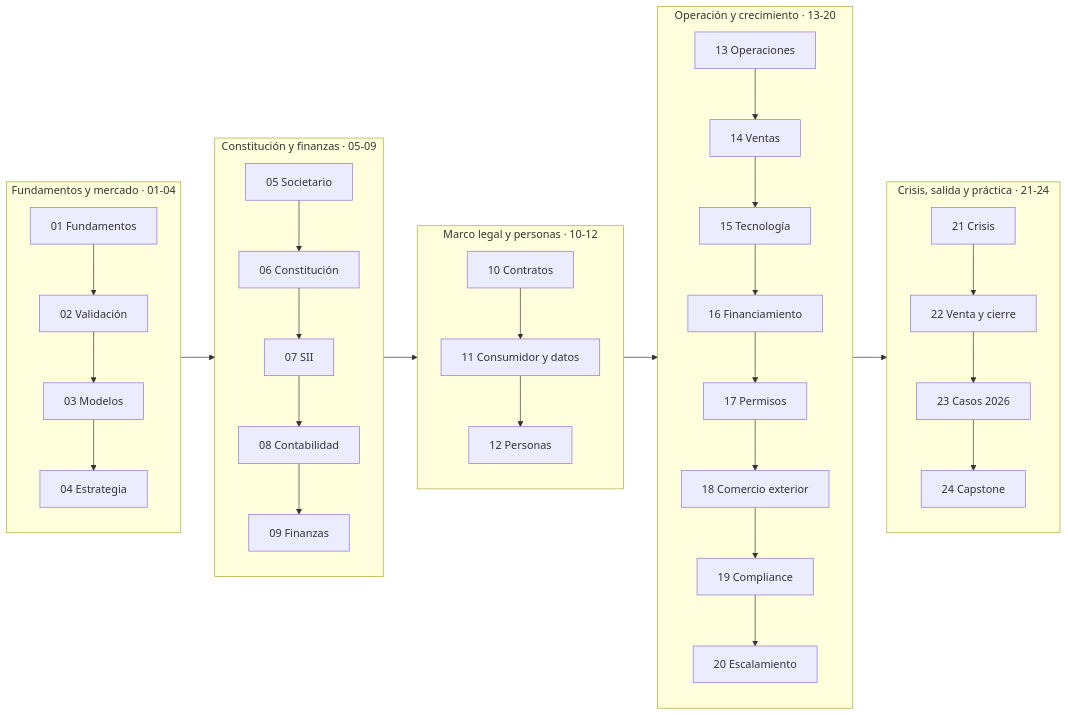
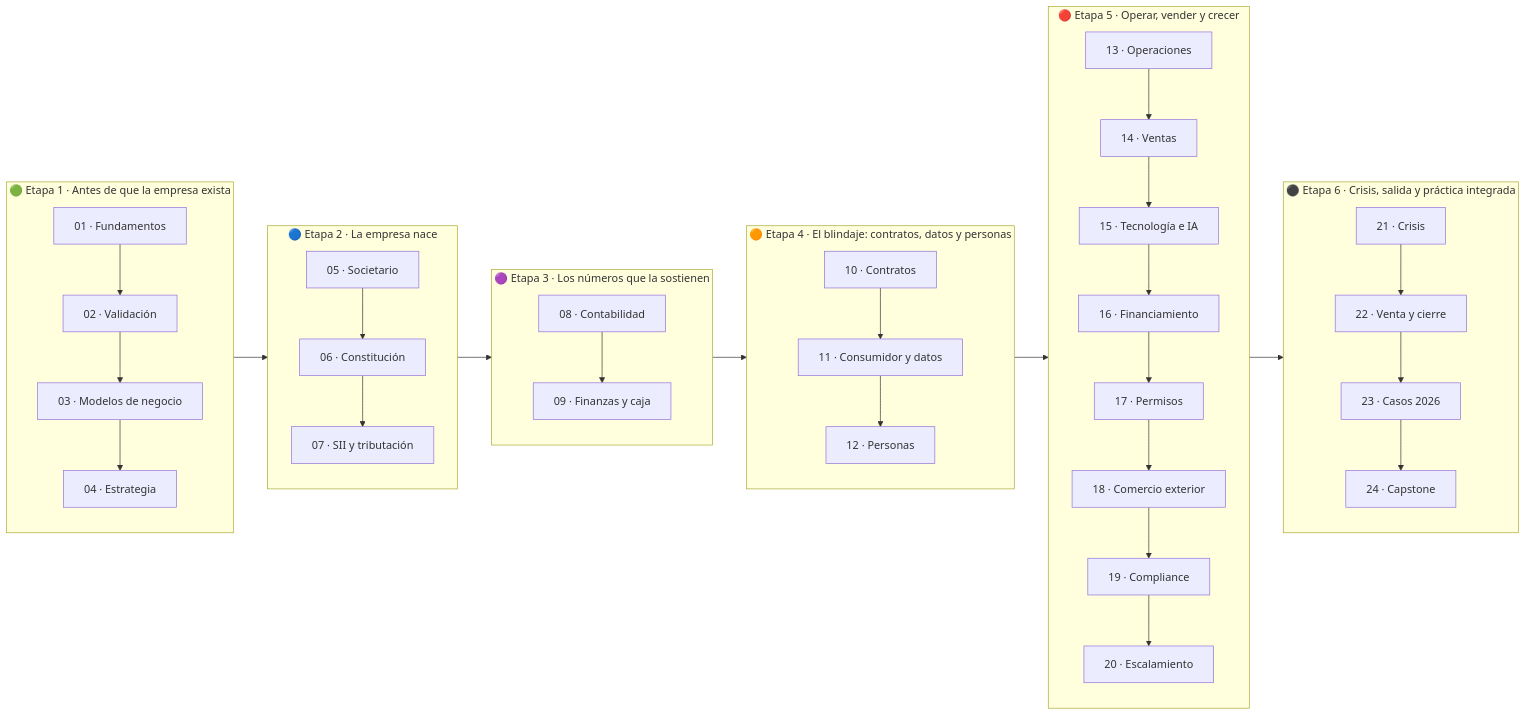
Before and after one commit to vladimiracunadev-create/modern-business-creation-program: the diagram in CURRICULUM.md, drawn with Mermaid. The commit also changed other lines of this file and 32 other files, not shown here.

````diff
--- a/CURRICULUM.md
+++ b/CURRICULUM.md
@@ -9,20 +9,22 @@
 ```mermaid
 flowchart LR
-    subgraph F1["Fundamentos y mercado · 01-04"]
-        P1["01 Fundamentos"] --> P2["02 Validación"] --> P3["03 Modelos"] --> P4["04 Estrategia"]
+    subgraph E1["🟢 Etapa 1 · Antes de que la empresa exista"]
+        P1["01 · Fundamentos"] --> P2["02 · Validación"] --> P3["03 · Modelos de negocio"] --> P4["04 · Estrategia"]
     end
-    subgraph F2["Constitución y finanzas · 05-09"]
-        P5["05 Societario"] --> P6["06 Constitución"] --> P7["07 SII"] --> P8["08 Contabilidad"] --> P9["09 Finanzas"]
+    subgraph E2["🔵 Etapa 2 · La empresa nace"]
+        P5["05 · Societario"] --> P6["06 · Constitución"] --> P7["07 · SII y tributación"]
     end
-    subgraph F3["Marco legal y personas · 10-12"]
-        P10["10 Contratos"] --> P11["11 Consumidor y datos"] --> P12["12 Personas"]
+    subgraph E3["🟣 Etapa 3 · Los números que la sostienen"]
+        P8["08 · Contabilidad"] --> P9["09 · Finanzas y caja"]
     end
-    subgraph F4["Operación y crecimiento · 13-20"]
-        P13["13 Operaciones"] --> P14["14 Ventas"] --> P15["15 Tecnología"] --> P16["16 Financiamiento"]
-        P16 --> P17["17 Permisos"] --> P18["18 Comercio exterior"] --> P19["19 Compliance"] --> P20["20 Escalamiento"]
+    subgraph E4["🟠 Etapa 4 · El blindaje: contratos, datos y personas"]
+        P10["10 · Contratos"] --> P11["11 · Consumidor y datos"] --> P12["12 · Personas"]
     end
-    subgraph F5["Crisis, salida y práctica · 21-24"]
-        P21["21 Crisis"] --> P22["22 Venta y cierre"] --> P23["23 Casos 2026"] --> P24["24 Capstone"]
+    subgraph E5["🔴 Etapa 5 · Operar, vender y crecer"]
+        P13["13 · Operaciones"] --> P14["14 · Ventas"] --> P15["15 · Tecnología e IA"] --> P16["16 · Financiamiento"] --> P17["17 · Permisos"] --> P18["18 · Comercio exterior"] --> P19["19 · Compliance"] --> P20["20 · Escalamiento"]
     end
-    F1 --> F2 --> F3 --> F4 --> F5
+    subgraph E6["⚫ Etapa 6 · Crisis, salida y práctica integrada"]
+        P21["21 · Crisis"] --> P22["22 · Venta y cierre"] --> P23["23 · Casos 2026"] --> P24["24 · Capstone"]
+    end
+    E1 --> E2 --> E3 --> E4 --> E5 --> E6
 ```
````
